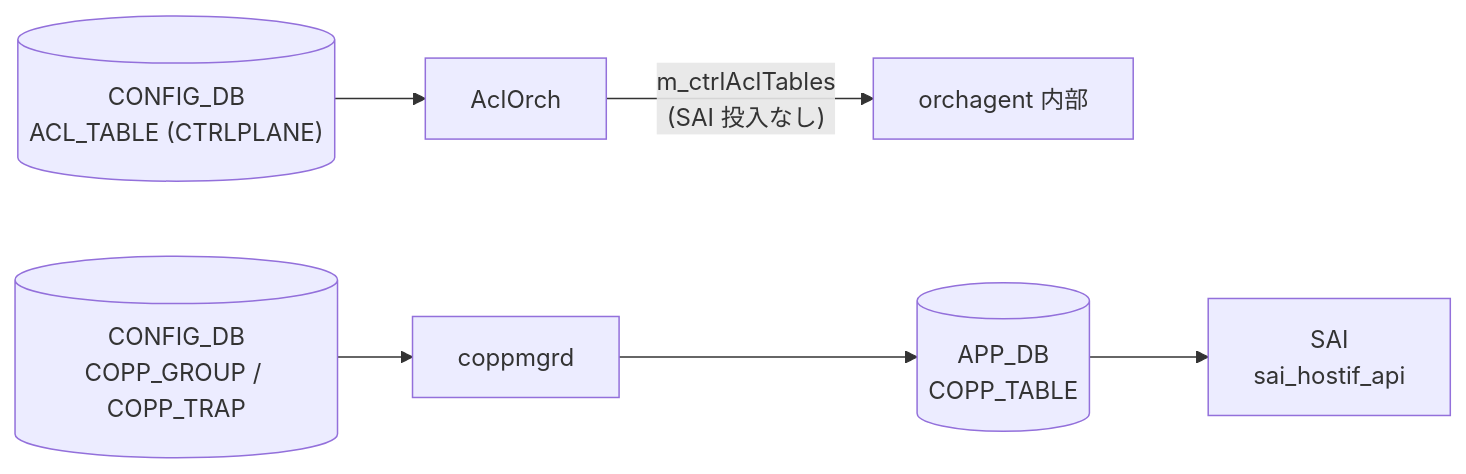
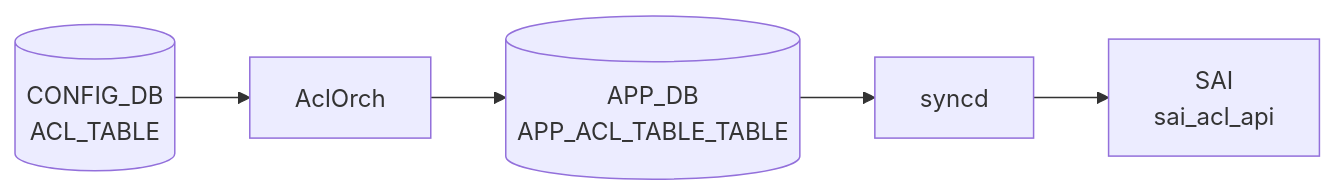
The diagram in docs/reference/config-db/control-plane-acl.md (aoki-taquan/sonic-unofficial-docs), drawn with Mermaid before and after one commit. The commit also changed other lines of this file and 359 other files, not shown here.

````diff
--- a/docs/reference/config-db/control-plane-acl.md
+++ b/docs/reference/config-db/control-plane-acl.md
@@ -47,14 +47,12 @@
 ```mermaid
 flowchart LR
-  CDB[("CONFIG_DB<br/>ACL_TABLE (CTRLPLANE)")]
+  CDB[("CONFIG_DB<br/>ACL_TABLE")]
   DM["AclOrch"]
   CDB --> DM
-  DM -->|"m_ctrlAclTables<br/>(SAI 投入なし)"| MEM["orchagent 内部"]
-  COPP_CDB[("CONFIG_DB<br/>COPP_GROUP / COPP_TRAP")]
-  COPPMGR["coppmgrd"]
-  COPP_CDB --> COPPMGR
-  APPDB[("APP_DB<br/>COPP_TABLE")]
-  COPPMGR --> APPDB
-  SAI["SAI<br/>sai_hostif_api"]
-  APPDB --> SAI
+  APPDB[("APP_DB<br/>APP_ACL_TABLE_TABLE")]
+  DM --> APPDB
+  SYNCD["syncd"]
+  APPDB --> SYNCD
+  SAI["SAI<br/>sai_acl_api"]
+  SYNCD --> SAI
 ```
````
